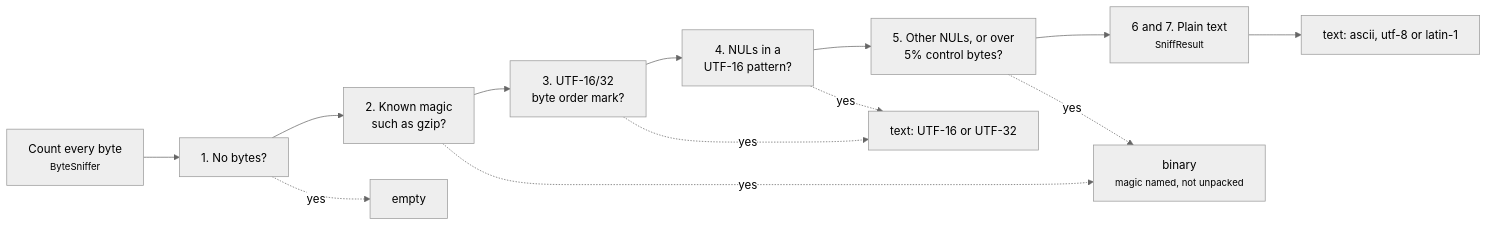
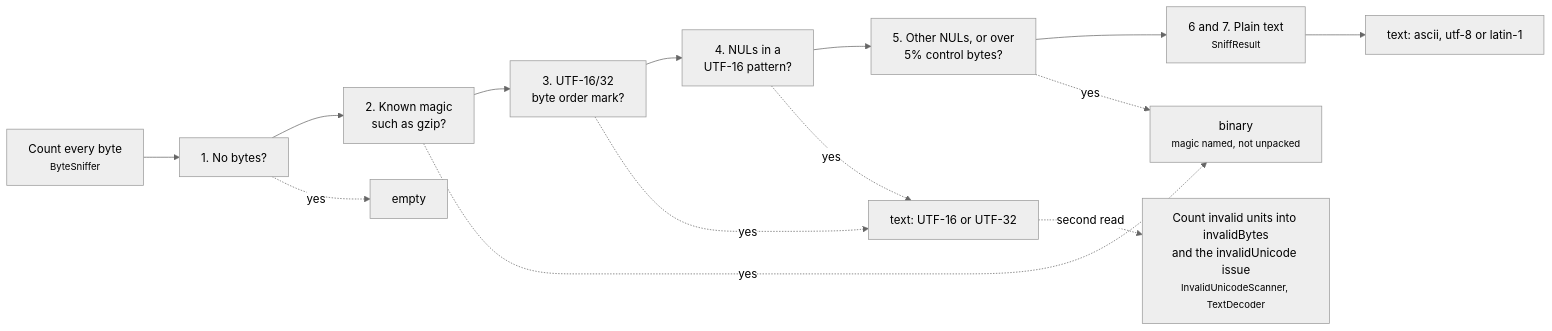
One commit to squalor-xyz/squalify changed diagram 29 of 29 in docs/how-it-works.md. Above: the diagram before and after it, drawn with Mermaid (neutral theme). The commit also changed other lines of this file and 3 other files, not shown here.

````diff
--- a/docs/how-it-works.md
+++ b/docs/how-it-works.md
@@ -466,15 +466,16 @@
 ```mermaid
 flowchart LR
     S["Count every byte<br/><small>ByteSniffer</small>"] --> R1["1. No bytes?"]
     R1 --> R2["2. Known magic<br/>such as gzip?"]
     R2 --> R3["3. UTF-16/32<br/>byte order mark?"]
     R3 --> R4["4. NULs in a<br/>UTF-16 pattern?"]
     R4 --> R5["5. Other NULs, or over<br/>5% control bytes?"]
     R5 --> R6["6 and 7. Plain text<br/><small>SniffResult</small>"]
     R1 -. "yes" .-> E["empty"]
     R2 -. "yes" .-> B["binary<br/><small>magic named, not unpacked</small>"]
     R5 -. "yes" .-> B
     R3 -. "yes" .-> T16["text: UTF-16 or UTF-32"]
     R4 -. "yes" .-> T16
+    T16 -. "second read" .-> V["Count invalid units into invalidBytes<br/>and the invalidUnicode issue<br/><small>InvalidUnicodeScanner, TextDecoder</small>"]
     R6 --> T["text: ascii, utf-8 or latin-1"]
 ```
````
